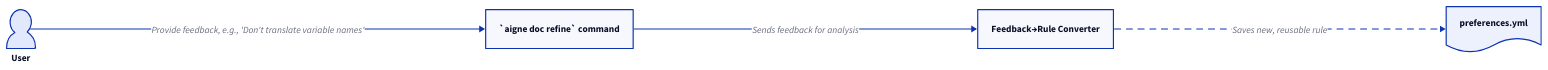
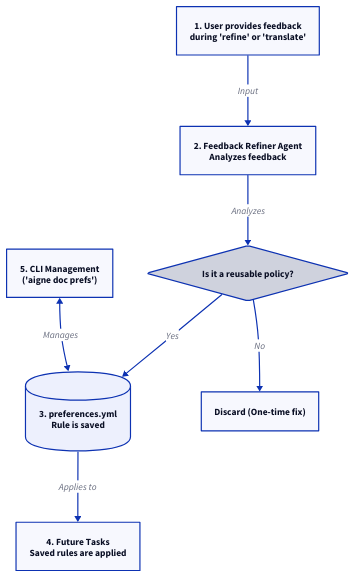
Before and after one commit to li-yechao/aigne-doc-smith: the diagram in docs/configuration-preferences.md, drawn with D2. The commit also changed other lines of this file and 37 other files, not shown here.

````diff
--- a/docs/configuration-preferences.md
+++ b/docs/configuration-preferences.md
@@ -15,22 +9,41 @@
-```d2
-direction: right
+```d2 The Preference Lifecycle
+direction: down
 
-User: {
-  shape: person
+feedback: {
+  label: "1. User provides feedback\nduring 'refine' or 'translate'"
+  shape: rectangle
 }
 
-Refine: "`aigne doc refine` command"
-
-FeedbackRefiner: "Feedback→Rule Converter"
-
-PreferencesFile: "preferences.yml" {
-  shape: document
+refiner: {
+  label: "2. Feedback Refiner Agent\nAnalyzes feedback"
+  shape: rectangle
 }
 
-User -> Refine: "Provide feedback, e.g., 'Don't translate variable names'"
-Refine -> FeedbackRefiner: "Sends feedback for analysis"
-FeedbackRefiner -> PreferencesFile: "Saves new, reusable rule" {
-  style.animated: true
+decision: {
+  label: "Is it a reusable policy?"
+  shape: diamond
 }
 
+pref_file: {
+  label: "3. preferences.yml\nRule is saved"
+  shape: cylinder
+}
+
+future_tasks: {
+  label: "4. Future Tasks\nSaved rules are applied"
+  shape: rectangle
+}
+
+cli: {
+  label: "5. CLI Management\n('aigne doc prefs')"
+  shape: rectangle
+}
+
+feedback -> refiner: "Input"
+refiner -> decision: "Analyzes"
+decision -> pref_file: "Yes"
+decision -> "Discard (One-time fix)": "No"
+pref_file -> future_tasks: "Applies to"
+cli <-> pref_file: "Manages"
+
 ```
````
